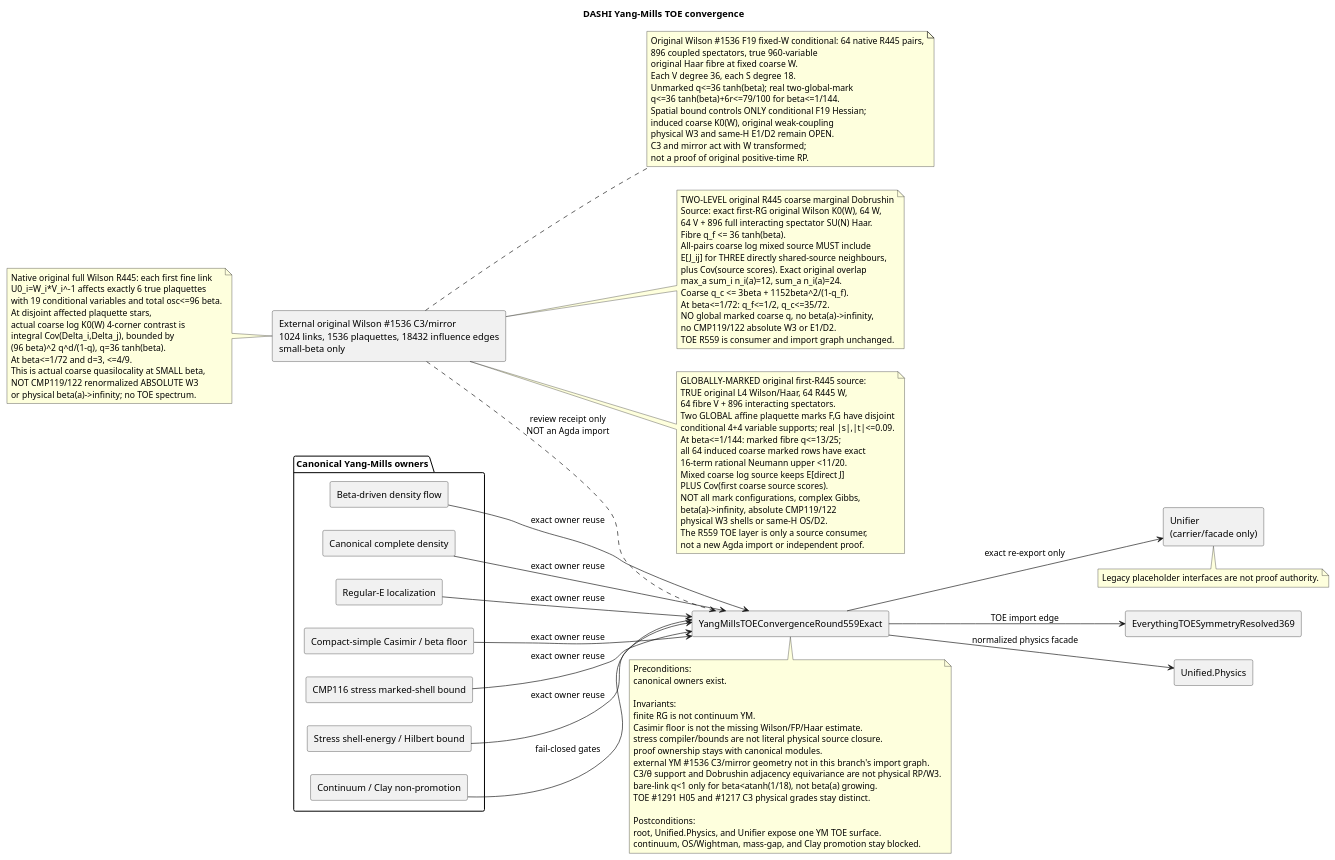
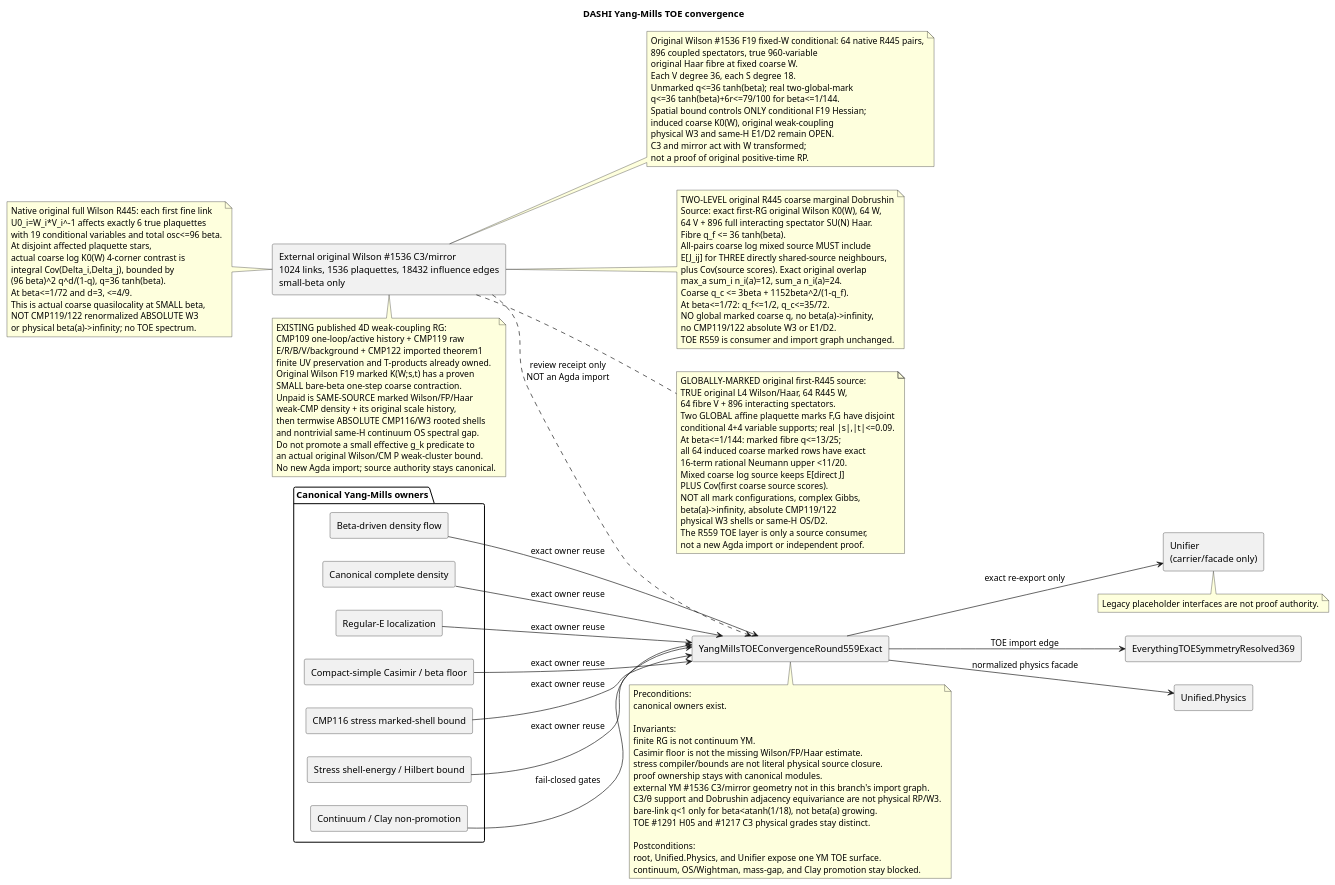
The diagram in Docs/diagrams/ym_toe_r559_convergence.puml (chboishabba/dashi_agda), drawn with PlantUML before and after one commit.

Commit message:
TOE R559: restore published Bałaban weak-coupling RG authority and pin original Wilson marked W3 same-source seam

```diff
--- a/Docs/diagrams/ym_toe_r559_convergence.puml
+++ b/Docs/diagrams/ym_toe_r559_convergence.puml
@@ -1,125 +1,142 @@
 @startuml
 title DASHI Yang-Mills TOE convergence
 
 left to right direction
 skinparam componentStyle rectangle
 
 package "Canonical Yang-Mills owners" {
   component "Beta-driven density flow" as Beta
   component "Canonical complete density" as Density
   component "Regular-E localization" as RegularE
   component "Compact-simple Casimir / beta floor" as Casimir
   component "CMP116 stress marked-shell bound" as StressShell
   component "Stress shell-energy / Hilbert bound" as StressHilbert
   component "Continuum / Clay non-promotion" as NonPromotion
 }
 
 component "External original Wilson #1536 C3/mirror\n1024 links, 1536 plaquettes, 18432 influence edges\nsmall-beta only" as OriginalWilsonC3
 component "YangMillsTOEConvergenceRound559Exact" as YMTOE
 component "EverythingTOESymmetryResolved369" as Root
 component "Unified.Physics" as UnifiedPhysics
 component "Unifier\n(carrier/facade only)" as Unifier
 
 Beta --> YMTOE : exact owner reuse
 Density --> YMTOE : exact owner reuse
 RegularE --> YMTOE : exact owner reuse
 Casimir --> YMTOE : exact owner reuse
 StressShell --> YMTOE : exact owner reuse
 StressHilbert --> YMTOE : exact owner reuse
 NonPromotion --> YMTOE : fail-closed gates
 OriginalWilsonC3 ..> YMTOE : review receipt only\nNOT an Agda import
 
 YMTOE --> Root : TOE import edge
 YMTOE --> UnifiedPhysics : normalized physics facade
 YMTOE --> Unifier : exact re-export only
 
 note bottom of YMTOE
 Preconditions:
 canonical owners exist.
 
 Invariants:
 finite RG is not continuum YM.
 Casimir floor is not the missing Wilson/FP/Haar estimate.
 stress compiler/bounds are not literal physical source closure.
 proof ownership stays with canonical modules.
 external YM #1536 C3/mirror geometry not in this branch's import graph.
 C3/θ support and Dobrushin adjacency equivariance are not physical RP/W3.
 bare-link q<1 only for beta<atanh(1/18), not beta(a) growing.
 TOE #1291 H05 and #1217 C3 physical grades stay distinct.
 
 Postconditions:
 root, Unified.Physics, and Unifier expose one YM TOE surface.
 continuum, OS/Wightman, mass-gap, and Clay promotion stay blocked.
 end note
 
 note bottom of Unifier
 Legacy placeholder interfaces are not proof authority.
 end note
 
 ' 22-Nov external source receipt; graph/counts proven locally, not merged Agda
 note right of OriginalWilsonC3
 Original Wilson #1536 F19 fixed-W conditional: 64 native R445 pairs,
 896 coupled spectators, true 960-variable
 original Haar fibre at fixed coarse W.
 Each V degree 36, each S degree 18.
 Unmarked q<=36 tanh(beta); real two-global-mark
 q<=36 tanh(beta)+6r<=79/100 for beta<=1/144.
 Spatial bound controls ONLY conditional F19 Hessian;
 induced coarse K0(W), original weak-coupling
 physical W3 and same-H E1/D2 remain OPEN.
 C3 and mirror act with W transformed;
 not a proof of original positive-time RP.
 end note
 
 ' 22-Nov stronger original Wilson first-R445 source: actual COARSE action
 note left of OriginalWilsonC3
 Native original full Wilson R445: each first fine link
 U0_i=W_i*V_i^-1 affects exactly 6 true plaquettes
 with 19 conditional variables and total osc<=96 beta.
 At disjoint affected plaquette stars,
 actual coarse log K0(W) 4-corner contrast is
 integral Cov(Delta_i,Delta_j), bounded by
 (96 beta)^2 q^d/(1-q), q=36 tanh(beta).
 At beta<=1/72 and d=3, <=4/9.
 This is actual coarse quasilocality at SMALL beta,
 NOT CMP119/122 renormalized ABSOLUTE W3
 or physical beta(a)->infinity; no TOE spectrum.
 end note
 
 ' TWO-LEVEL original R445 coarse marginal Dobrushin: source-owned #1536,
 ' NOT a local Agda theorem, NOT CMP119/122 weak-coupling W3.
 note right of OriginalWilsonC3
 TWO-LEVEL original R445 coarse marginal Dobrushin
 Source: exact first-RG original Wilson K0(W), 64 W,
 64 V + 896 full interacting spectator SU(N) Haar.
 Fibre q_f <= 36 tanh(beta).
 All-pairs coarse log mixed source MUST include
 E[J_ij] for THREE directly shared-source neighbours,
 plus Cov(source scores). Exact original overlap
 max_a sum_i n_i(a)=12, sum_a n_i(a)=24.
 Coarse q_c <= 3beta + 1152beta^2/(1-q_f).
 At beta<=1/72: q_f<=1/2, q_c<=35/72.
 NO global marked coarse q, no beta(a)->infinity,
 no CMP119/122 absolute W3 or E1/D2.
 TOE R559 is consumer and import graph unchanged.
 end note
 
 ' GLOBALLY-MARKED original first-R445 source is external #1536 evidence.
 note right of OriginalWilsonC3
 GLOBALLY-MARKED original first-R445 source:
 TRUE original L4 Wilson/Haar, 64 R445 W,
 64 fibre V + 896 interacting spectators.
 Two GLOBAL affine plaquette marks F,G have disjoint
 conditional 4+4 variable supports; real |s|,|t|<=0.09.
 At beta<=1/144: marked fibre q<=13/25;
 all 64 induced coarse marked rows have exact
 16-term rational Neumann upper <11/20.
 Mixed coarse log source keeps E[direct J]
 PLUS Cov(first coarse source scores).
 NOT all mark configurations, complex Gibbs,
 beta(a)->infinity, absolute CMP119/122
 physical W3 shells or same-H OS/D2.
 The R559 TOE layer is only a source consumer,
 not a new Agda import or independent proof.
 end note
+
+' EXISTING published 4D weak-coupling RG already owned; not to be rebuilt.
+note bottom of OriginalWilsonC3
+EXISTING published 4D weak-coupling RG:
+CMP109 one-loop/active history + CMP119 raw
+E/R/B/V/background + CMP122 imported theorem1
+finite UV preservation and T-products already owned.
+Original Wilson F19 marked K(W;s,t) has a proven
+SMALL bare-beta one-step coarse contraction.
+Unpaid is SAME-SOURCE marked Wilson/FP/Haar
+weak-CMP density + its original scale history,
+then termwise ABSOLUTE CMP116/W3 rooted shells
+and nontrivial same-H continuum OS spectral gap.
+Do not promote a small effective g_k predicate to
+an actual original Wilson/CM P weak-cluster bound.
+No new Agda import; source authority stays canonical.
+end note
 @enduml
```
